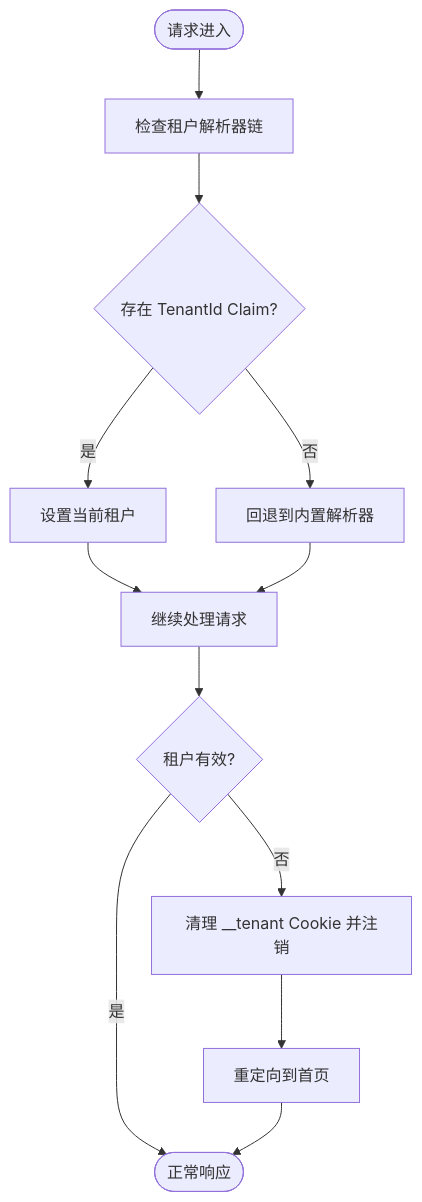
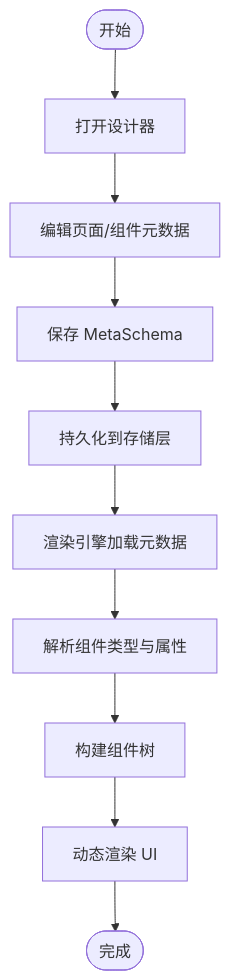
Before and after one commit to openlowcodelab/lowcode: the fourth of 9 diagrams in .qoder/repowiki/zh/content/架构设计/架构设计.md, drawn with Mermaid. The commit also changed other lines of this file and 293 other files, not shown here.

````diff
--- a/.qoder/repowiki/zh/content/架构设计/架构设计.md
+++ b/.qoder/repowiki/zh/content/架构设计/架构设计.md
@@ -216,14 +204,12 @@
 ```mermaid
 flowchart TD
-Start(["请求进入"]) --> CheckTenant["检查租户解析器链"]
-CheckTenant --> HasClaim{"存在 TenantId Claim?"}
-HasClaim --> |是| SetTenant["设置当前租户"]
-HasClaim --> |否| Fallback["回退到内置解析器"]
-SetTenant --> Next["继续处理请求"]
-Fallback --> Next
-Next --> Valid{"租户有效?"}
-Valid --> |是| End(["正常响应"])
-Valid --> |否| Clean["清理 __tenant Cookie 并注销"]
-Clean --> Redirect["重定向到首页"]
-Redirect --> End
+    Start(["开始"]) --> OpenDesigner["打开设计器"]
+    OpenDesigner --> EditMeta["编辑页面/组件元数据"]
+    EditMeta --> SaveMeta["保存 MetaSchema"]
+    SaveMeta --> StoreMeta["持久化到存储层"]
+    StoreMeta --> LoadMeta["渲染引擎加载元数据"]
+    LoadMeta --> ResolveComponents["解析组件类型与属性"]
+    ResolveComponents --> BuildTree["构建组件树"]
+    BuildTree --> RenderUI["动态渲染 UI"]
+    RenderUI --> End(["完成"])
 ```
````
